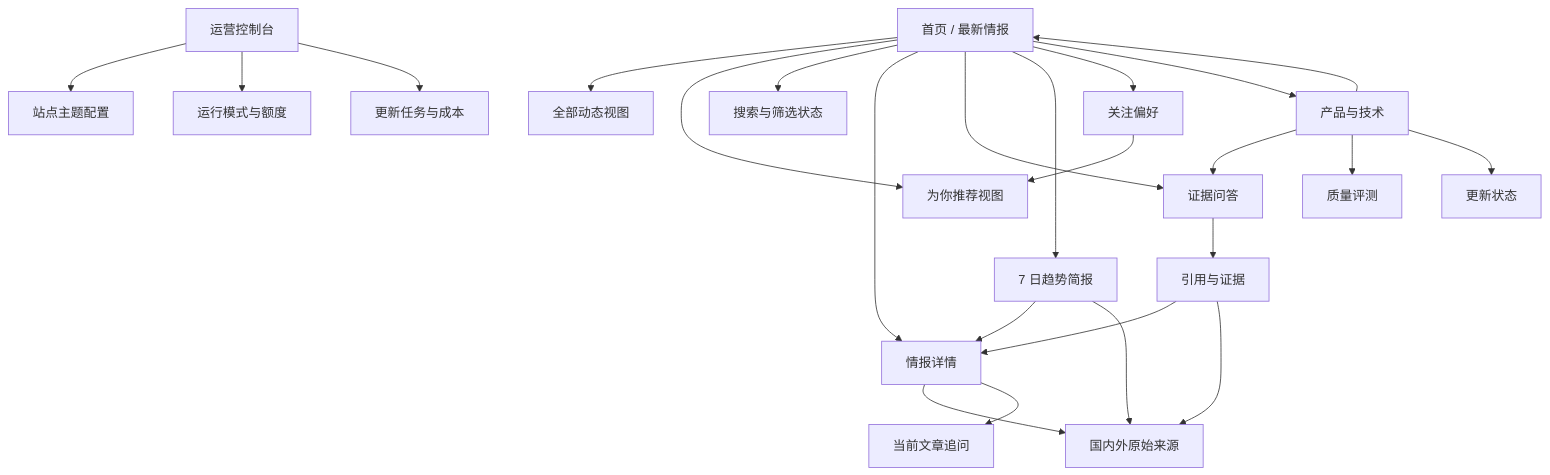
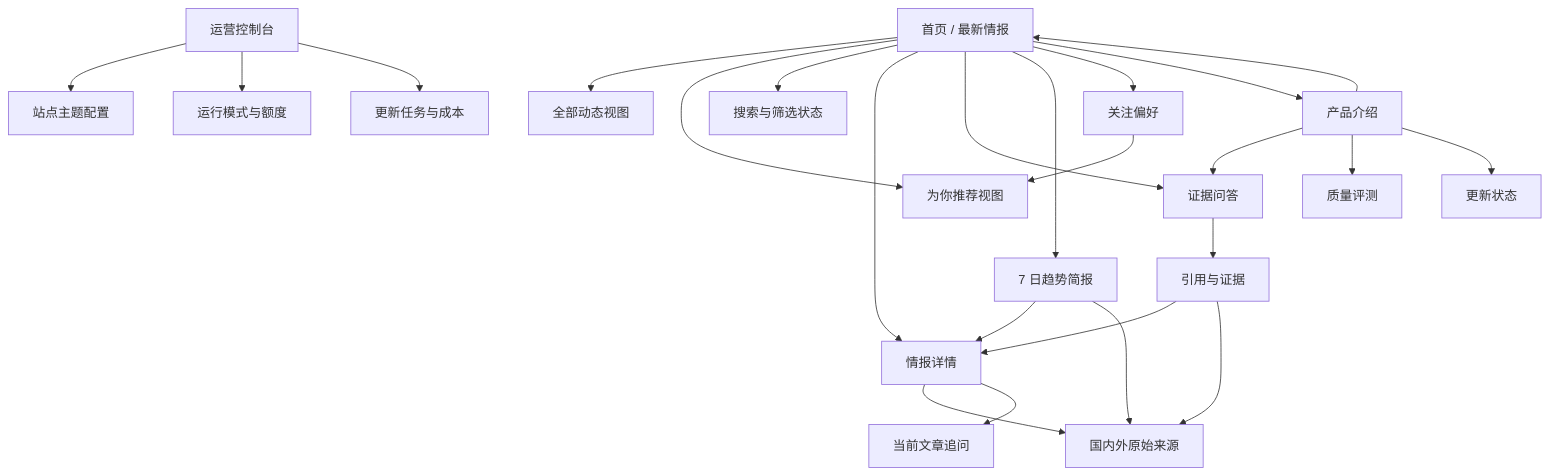
One commit to Dyj0926D/newseviday changed the first of 8 diagrams in prd/NewsEviday-PRD.md. Above: the diagram before and after it, drawn with Mermaid. The commit also changed other lines of this file and 16 other files, not shown here.

````diff
--- a/prd/NewsEviday-PRD.md
+++ b/prd/NewsEviday-PRD.md
@@ -331,26 +331,26 @@
 ```mermaid
 flowchart TD
     Home["首页 / 最新情报"] --> General["全部动态视图"]
     Home --> ForYou["为你推荐视图"]
     Home --> Search["搜索与筛选状态"]
     Home --> Article["情报详情"]
     Home --> Ask["证据问答"]
     Home --> Brief["7 日趋势简报"]
     Home --> Profile["关注偏好"]
-    Home --> Product["产品与技术"]
+    Home --> Product["产品介绍"]
     Article --> Source["国内外原始来源"]
     Article --> ArticleAsk["当前文章追问"]
     Brief --> Article
     Brief --> Source
     Ask --> Citation["引用与证据"]
     Citation --> Article
     Citation --> Source
     Product --> Home
     Product --> Ask
     Product --> Eval["质量评测"]
     Product --> Status["更新状态"]
     Profile --> ForYou
     Admin["运营控制台"] --> Topics["站点主题配置"]
     Admin --> Modes["运行模式与额度"]
     Admin --> Jobs["更新任务与成本"]
 ```
````
